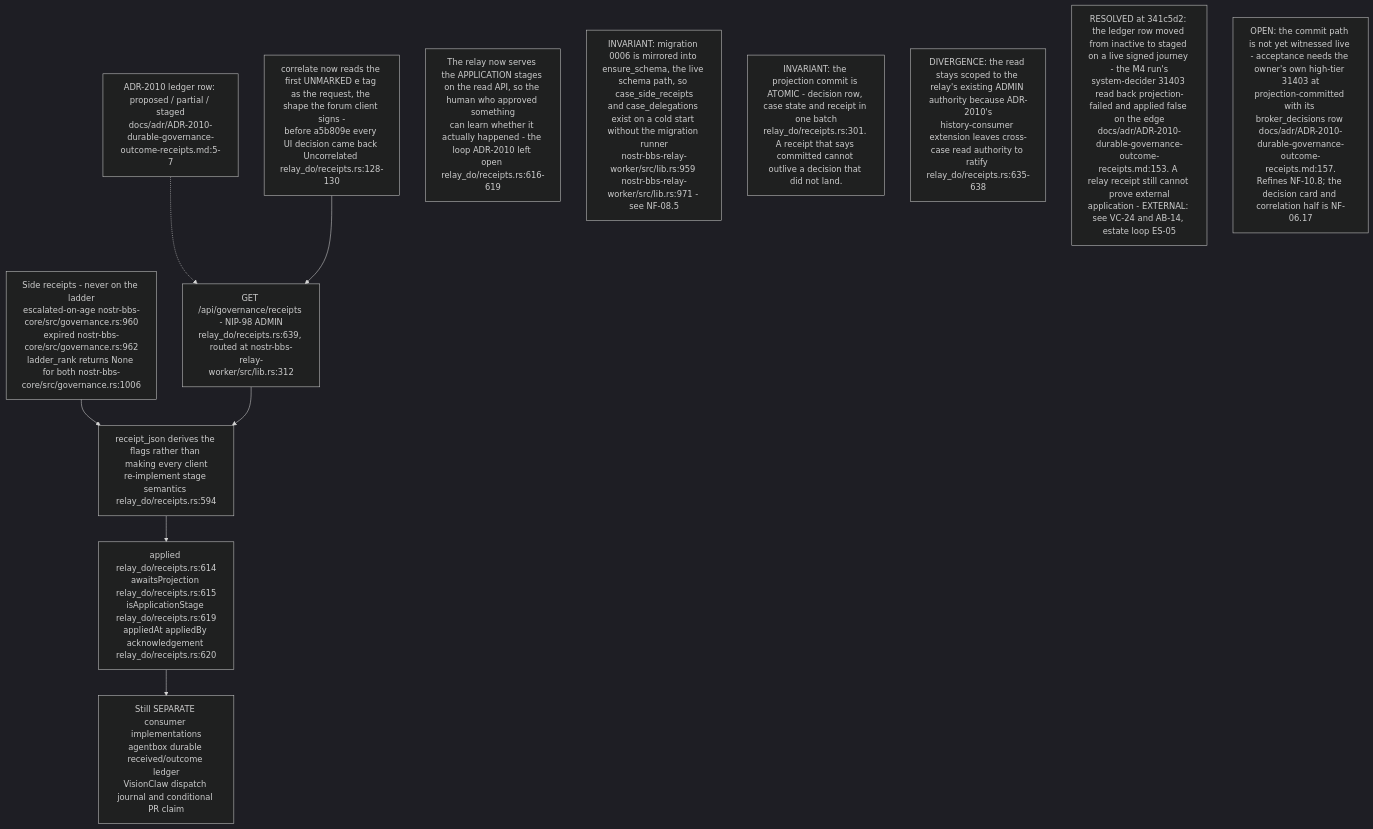
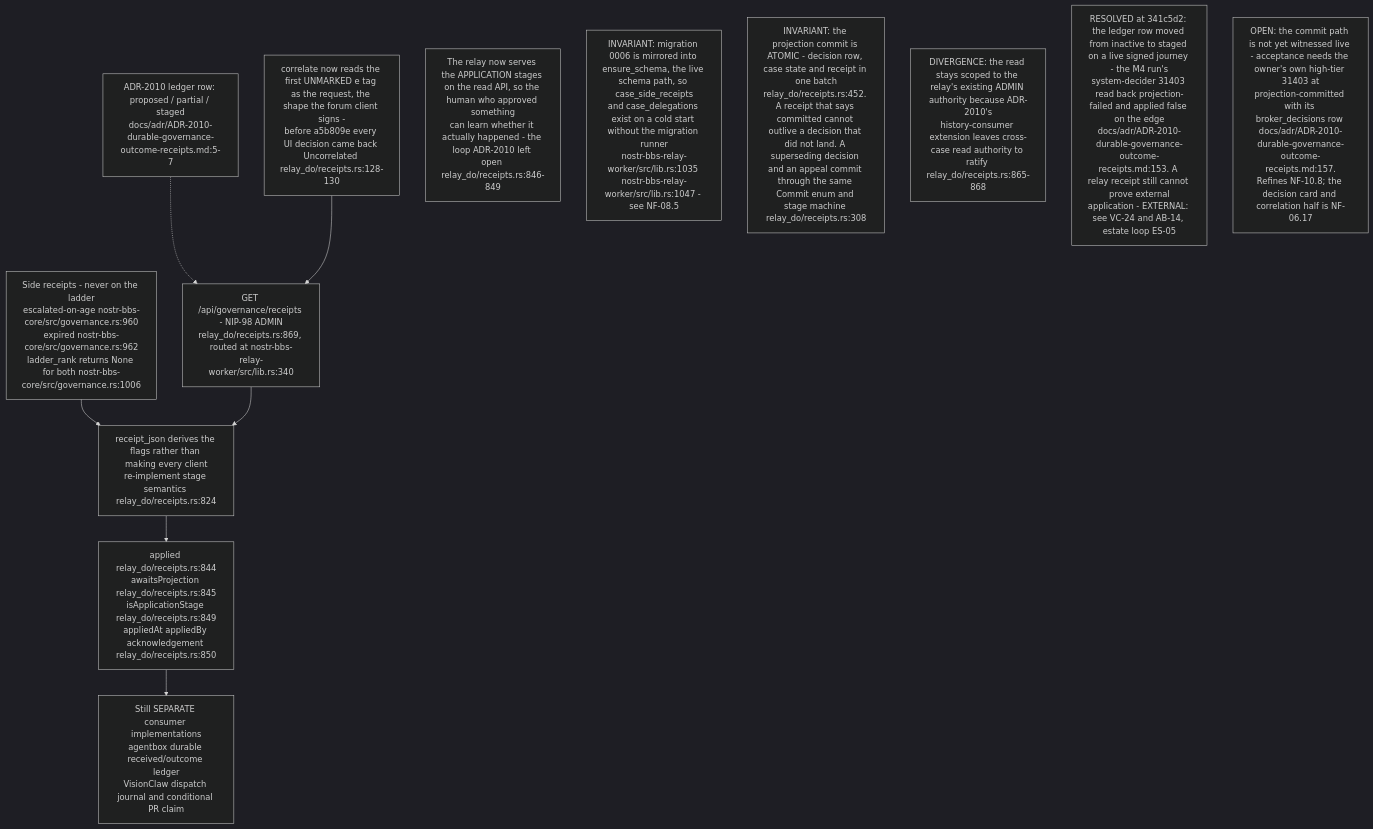
Before and after one commit to DreamLab-AI/VisionFlow: the ninth of 16 diagrams in docs/diagrams/nostr-rust-forum/11-relay-durable-object-internals.md, drawn with Mermaid (dark theme). The commit also changed other lines of this file and 160 other files, not shown here.

````diff
--- a/docs/diagrams/nostr-rust-forum/11-relay-durable-object-internals.md
+++ b/docs/diagrams/nostr-rust-forum/11-relay-durable-object-internals.md
@@ -293,23 +305,23 @@
 ```mermaid
 flowchart TB
     SIDE["Side receipts - never on the ladder<br/>escalated-on-age nostr-bbs-core/src/governance.rs:960<br/>expired nostr-bbs-core/src/governance.rs:962<br/>ladder_rank returns None for both nostr-bbs-core/src/governance.rs:1006"]
-    API["GET /api/governance/receipts - NIP-98 ADMIN<br/>relay_do/receipts.rs:639, routed at nostr-bbs-relay-worker/src/lib.rs:312"]
-    JSON["receipt_json derives the flags rather than making every client<br/>re-implement stage semantics relay_do/receipts.rs:594"]
-    FLAGS["applied relay_do/receipts.rs:614<br/>awaitsProjection relay_do/receipts.rs:615<br/>isApplicationStage relay_do/receipts.rs:619<br/>appliedAt appliedBy acknowledgement relay_do/receipts.rs:620"]
+    API["GET /api/governance/receipts - NIP-98 ADMIN<br/>relay_do/receipts.rs:869, routed at nostr-bbs-relay-worker/src/lib.rs:340"]
+    JSON["receipt_json derives the flags rather than making every client<br/>re-implement stage semantics relay_do/receipts.rs:824"]
+    FLAGS["applied relay_do/receipts.rs:844<br/>awaitsProjection relay_do/receipts.rs:845<br/>isApplicationStage relay_do/receipts.rs:849<br/>appliedAt appliedBy acknowledgement relay_do/receipts.rs:850"]
     LEDGER["ADR-2010 ledger row: proposed / partial / staged<br/>docs/adr/ADR-2010-durable-governance-outcome-receipts.md:5-7"]
     CORR["correlate now reads the first UNMARKED e tag as the request, the shape the forum client signs -<br/>before a5b809e every UI decision came back Uncorrelated relay_do/receipts.rs:128-130"]
     OPEN["Still SEPARATE consumer implementations<br/>agentbox durable received/outcome ledger<br/>VisionClaw dispatch journal and conditional PR claim"]
 
     SIDE --> JSON
     API --> JSON --> FLAGS
     LEDGER -.-> API
     CORR --> API
     FLAGS --> OPEN
 
-    N1["The relay now serves the APPLICATION stages on the read API, so the human who approved something<br/>can learn whether it actually happened - the loop ADR-2010 left open relay_do/receipts.rs:616-619"]
-    N6["INVARIANT: migration 0006 is mirrored into ensure_schema, the live schema path, so case_side_receipts<br/>and case_delegations exist on a cold start without the migration runner<br/>nostr-bbs-relay-worker/src/lib.rs:959 nostr-bbs-relay-worker/src/lib.rs:971 - see NF-08.5"]
-    N2["INVARIANT: the projection commit is ATOMIC - decision row, case state and receipt in one batch<br/>relay_do/receipts.rs:301. A receipt that says committed cannot outlive a decision that did not land."]
-    N3["DIVERGENCE: the read stays scoped to the relay's existing ADMIN authority because ADR-2010's<br/>history-consumer extension leaves cross-case read authority to ratify relay_do/receipts.rs:635-638"]
+    N1["The relay now serves the APPLICATION stages on the read API, so the human who approved something<br/>can learn whether it actually happened - the loop ADR-2010 left open relay_do/receipts.rs:846-849"]
+    N6["INVARIANT: migration 0006 is mirrored into ensure_schema, the live schema path, so case_side_receipts<br/>and case_delegations exist on a cold start without the migration runner<br/>nostr-bbs-relay-worker/src/lib.rs:1035 nostr-bbs-relay-worker/src/lib.rs:1047 - see NF-08.5"]
+    N2["INVARIANT: the projection commit is ATOMIC - decision row, case state and receipt in one batch<br/>relay_do/receipts.rs:452. A receipt that says committed cannot outlive a decision that did not land. A superseding decision and an appeal commit through the same Commit enum and stage machine relay_do/receipts.rs:308"]
+    N3["DIVERGENCE: the read stays scoped to the relay's existing ADMIN authority because ADR-2010's<br/>history-consumer extension leaves cross-case read authority to ratify relay_do/receipts.rs:865-868"]
     N4["RESOLVED at 341c5d2: the ledger row moved from inactive to staged on a live signed journey - the M4 run's<br/>system-decider 31403 read back projection-failed and applied false on the edge<br/>docs/adr/ADR-2010-durable-governance-outcome-receipts.md:153. A relay receipt still cannot prove external<br/>application - EXTERNAL: see VC-24 and AB-14, estate loop ES-05"]
     N5["OPEN: the commit path is not yet witnessed live - acceptance needs the owner's own high-tier 31403 at<br/>projection-committed with its broker_decisions row docs/adr/ADR-2010-durable-governance-outcome-receipts.md:157.<br/>Refines NF-10.8; the decision card and correlation half is NF-06.17"]
 ```
````
